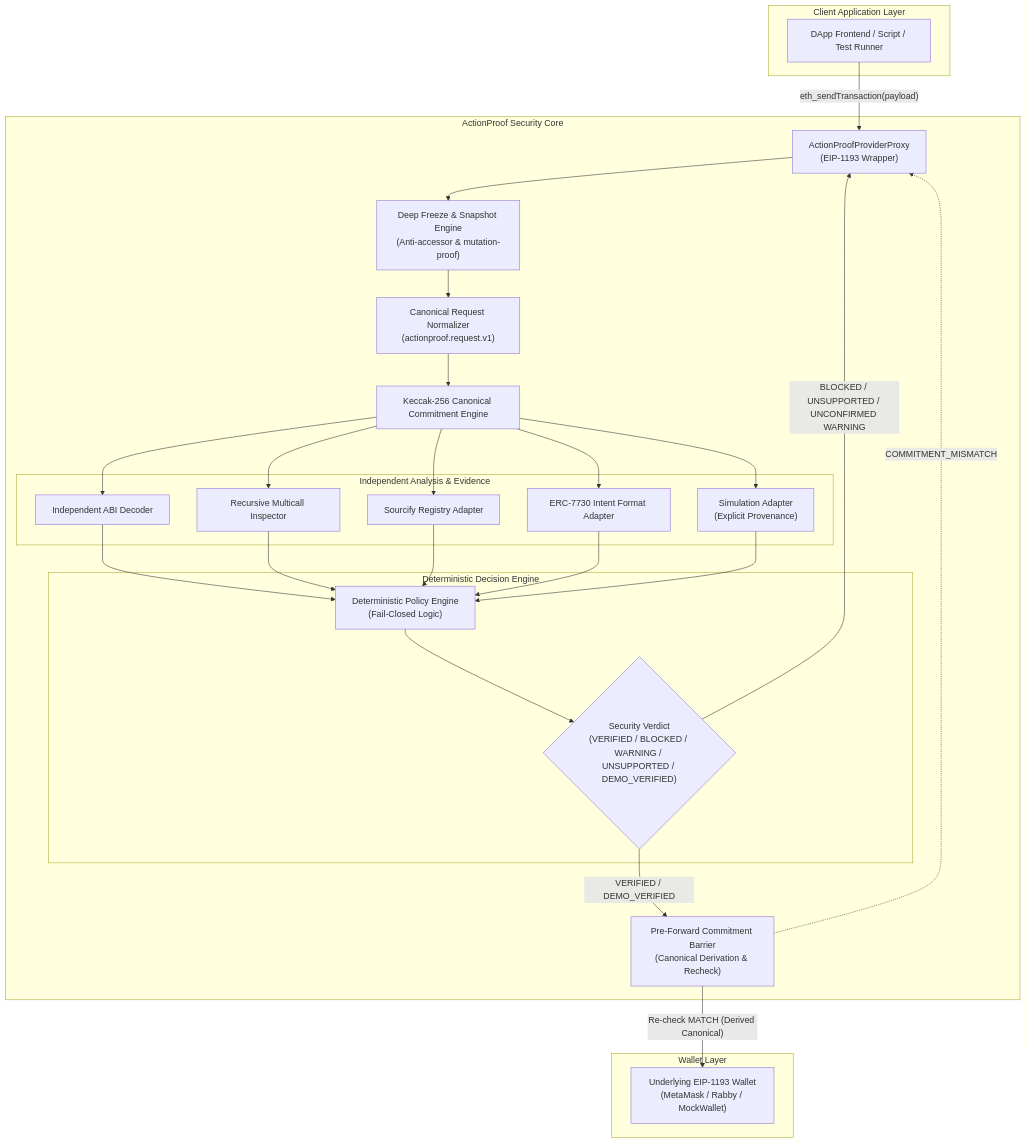
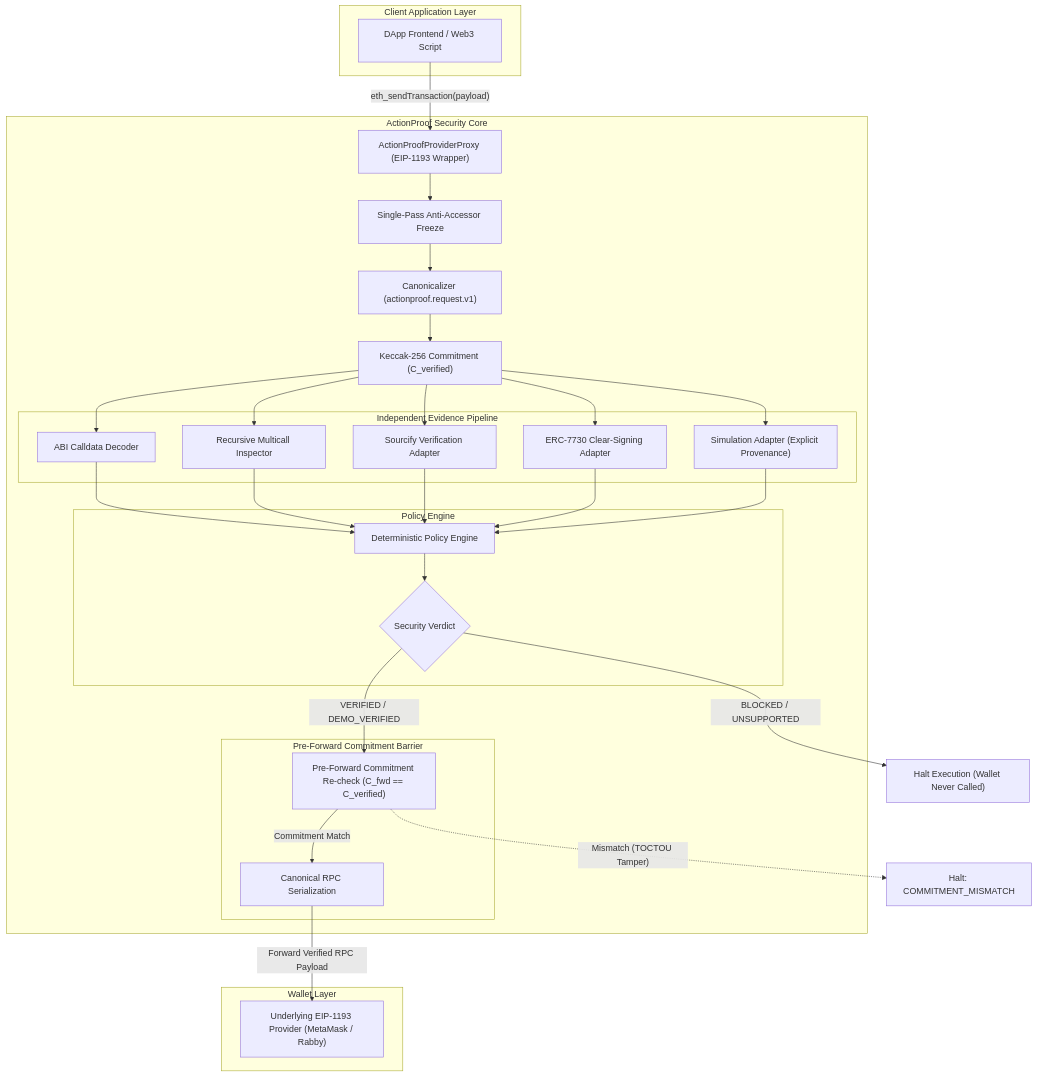
The diagram in README.md (Abhi010903/ActionProofETR), drawn with Mermaid before and after one commit. The commit also changed other lines of this file and 2 other files, not shown here.

Commit message:
docs: prepare ActionProof for hackathon submission

````diff
--- a/README.md
+++ b/README.md
@@ -92,45 +85,50 @@
 ```mermaid
 flowchart TD
-    subgraph Client Application Layer
-        DApp["DApp Frontend / Script / Test Runner"]
+    subgraph DApp["Client Application Layer"]
+        App["DApp Frontend / Web3 Script"]
     end
 
-    subgraph ActionProof Security Core
-        Proxy["ActionProofProviderProxy<br/>(EIP-1193 Wrapper)"]
-        Snapshot["Deep Freeze & Snapshot Engine<br/>(Anti-accessor & mutation-proof)"]
-        Canonicalizer["Canonical Request Normalizer<br/>(actionproof.request.v1)"]
-        Commitment["Keccak-256 Canonical Commitment Engine"]
+    subgraph Core["ActionProof Security Core"]
+        Proxy["ActionProofProviderProxy (EIP-1193 Wrapper)"]
+        Snap["Single-Pass Anti-Accessor Freeze"]
+        Canon["Canonicalizer (actionproof.request.v1)"]
+        Commit["Keccak-256 Commitment (C_verified)"]
 
-        subgraph Independent Analysis & Evidence
-            ABIDecoder["Independent ABI Decoder"]
-            Multicall["Recursive Multicall Inspector"]
-            Sourcify["Sourcify Registry Adapter"]
-            ERC7730["ERC-7730 Intent Format Adapter"]
-            Simulation["Simulation Adapter<br/>(Explicit Provenance)"]
+        subgraph Analysis["Independent Evidence Pipeline"]
+            Dec["ABI Calldata Decoder"]
+            Multi["Recursive Multicall Inspector"]
+            Sourcify["Sourcify Verification Adapter"]
+            ERC7730["ERC-7730 Clear-Signing Adapter"]
+            Sim["Simulation Adapter (Explicit Provenance)"]
         end
 
-        subgraph Deterministic Decision Engine
-            Policy["Deterministic Policy Engine<br/>(Fail-Closed Logic)"]
-            Verdict{"Security Verdict<br/>(VERIFIED / BLOCKED / WARNING / UNSUPPORTED / DEMO_VERIFIED)"}
+        subgraph Decision["Policy Engine"]
+            Policy["Deterministic Policy Engine"]
+            Verdict{"Security Verdict"}
         end
 
-        Barrier["Pre-Forward Commitment Barrier<br/>(Canonical Derivation & Recheck)"]
+        subgraph Barrier["Pre-Forward Commitment Barrier"]
+            Recheck["Pre-Forward Commitment Re-check (C_fwd == C_verified)"]
+            Derive["Canonical RPC Serialization"]
+        end
     end
 
-    subgraph Wallet Layer
-        Wallet["Underlying EIP-1193 Wallet<br/>(MetaMask / Rabby / MockWallet)"]
+    subgraph Wallet["Wallet Layer"]
+        Provider["Underlying EIP-1193 Provider (MetaMask / Rabby)"]
     end
 
-    DApp -->|"eth_sendTransaction(payload)"| Proxy
-    Proxy --> Snapshot
-    Snapshot --> Canonicalizer
-    Canonicalizer --> Commitment
-    Commitment --> ABIDecoder & Multicall & Sourcify & ERC7730 & Simulation
-    ABIDecoder & Multicall & Sourcify & ERC7730 & Simulation --> Policy
+    App -->|"eth_sendTransaction(payload)"| Proxy
+    Proxy --> Snap
+    Snap --> Canon
+    Canon --> Commit
+    Commit --> Dec & Multi & Sourcify & ERC7730 & Sim
+    Dec & Multi & Sourcify & ERC7730 & Sim --> Policy
     Policy --> Verdict
 
-    Verdict -->|"VERIFIED / DEMO_VERIFIED"| Barrier
-    Verdict -->|"BLOCKED / UNSUPPORTED / UNCONFIRMED WARNING"| Proxy
-    Barrier -->|"Re-check MATCH (Derived Canonical)"| Wallet
-    Barrier -.->|"COMMITMENT_MISMATCH"| Proxy
+    Verdict -->|"VERIFIED / DEMO_VERIFIED"| Recheck
+    Verdict -->|"BLOCKED / UNSUPPORTED"| HaltProxy["Halt Execution (Wallet Never Called)"]
+
+    Recheck -->|"Commitment Match"| Derive
+    Recheck -.->|"Mismatch (TOCTOU Tamper)"| Abort["Halt: COMMITMENT_MISMATCH"]
+    Derive -->|"Forward Verified RPC Payload"| Provider
 ```
````
